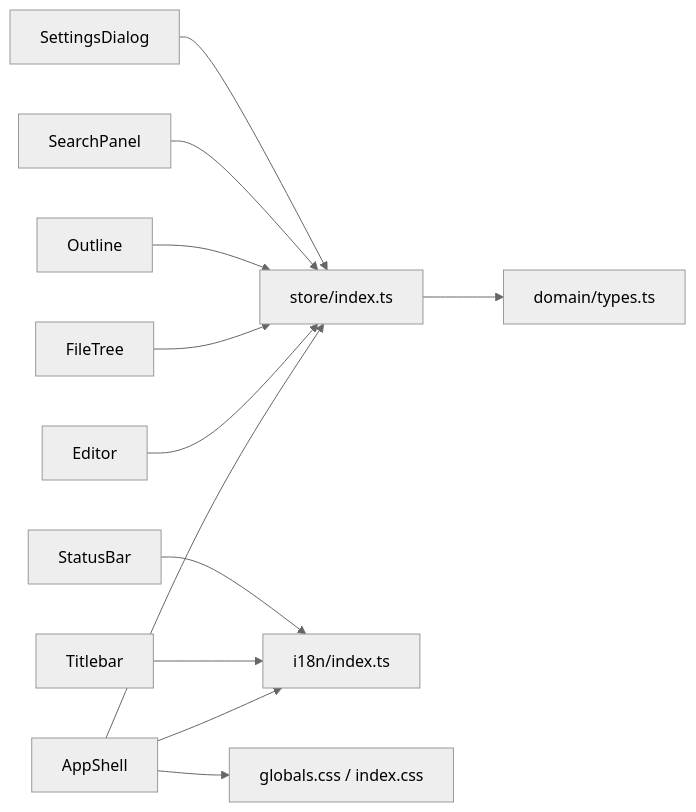
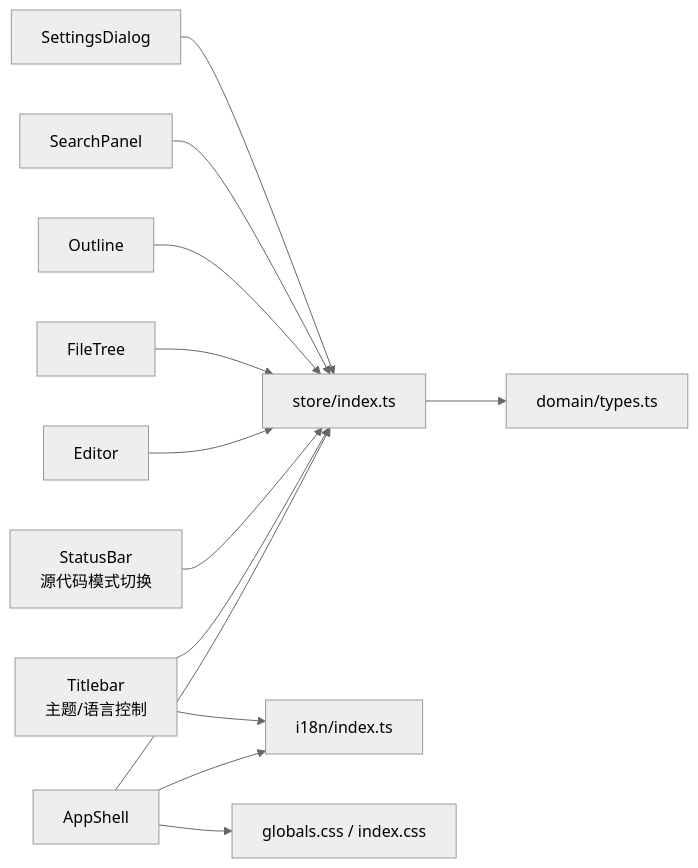
One commit to gongshiyun/ZenNote changed the fourth of 4 diagrams in .qoder/repowiki/zh/content/布局系统.md. Above: the diagram before and after it, drawn with Mermaid (neutral theme). The commit also changed other lines of this file and 40 other files, not shown here.

````diff
--- a/.qoder/repowiki/zh/content/布局系统.md
+++ b/.qoder/repowiki/zh/content/布局系统.md
@@ -352,14 +390,15 @@
 ```mermaid
 graph LR
 AppShell["AppShell"] --> Store["store/index.ts"]
 AppShell --> I18n["i18n/index.ts"]
-Titlebar["Titlebar"] --> I18n
-StatusBar["StatusBar"] --> I18n
+Titlebar["Titlebar<br/>主题/语言控制"] --> I18n
+Titlebar --> Store
+StatusBar["StatusBar<br/>源代码模式切换"] --> Store
 Editor["Editor"] --> Store
 FileTree["FileTree"] --> Store
 Outline["Outline"] --> Store
 SearchPanel["SearchPanel"] --> Store
 SettingsDialog["SettingsDialog"] --> Store
 AppShell --> Styles["globals.css / index.css"]
 Store --> Types["domain/types.ts"]
 ```
````
